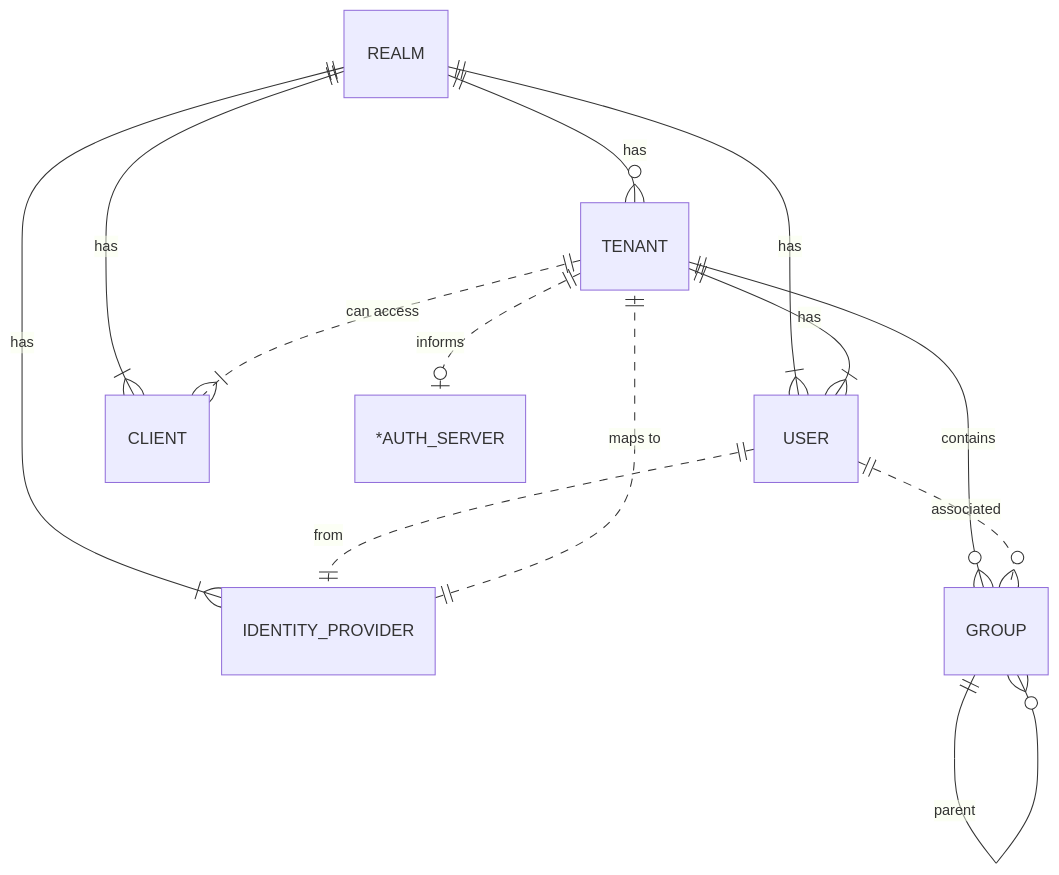
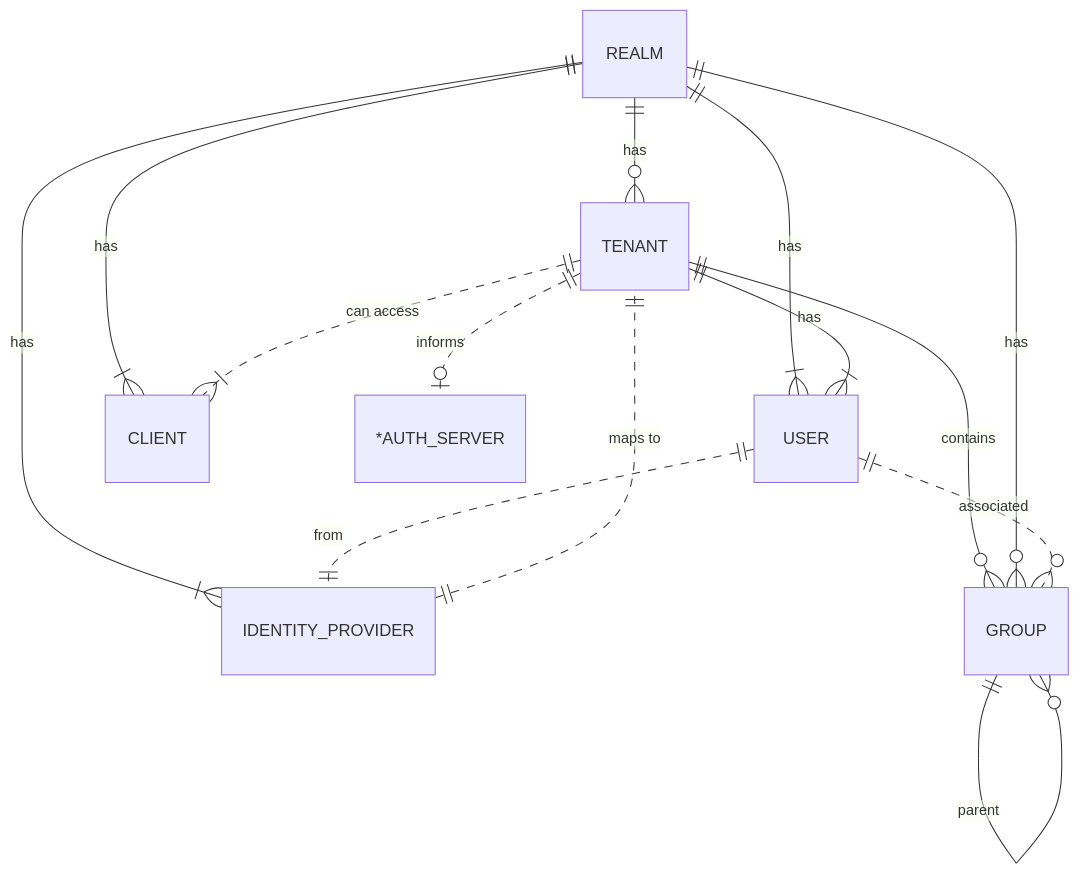
The second of 3 diagrams in docs/design/tenancy/entities.md (Redhat-Alice/keycloak), drawn with Mermaid before and after one commit. The commit also changed other lines of this file and 1 other file, not shown here.

````diff
--- a/docs/design/tenancy/entities.md
+++ b/docs/design/tenancy/entities.md
@@ -71,15 +71,16 @@
 ```mermaid
 erDiagram
     REALM ||--o{ TENANT: has
     REALM ||--|{ USER: has
     REALM ||--|{ CLIENT: has
     REALM ||--|{ IDENTITY_PROVIDER: has
     USER ||..|| IDENTITY_PROVIDER: from
     IDENTITY_PROVIDER ||..|| TENANT: "maps to"
     TENANT ||..|{ CLIENT: "can access"
     TENANT ||..o| "*AUTH_SERVER": informs
     TENANT ||--|{ USER: has
     TENANT ||--o{ GROUP: contains
     GROUP ||--o{ GROUP: parent
+    REALM ||--o{ GROUP: has
     USER ||..o{ GROUP: associated
 ```
````
